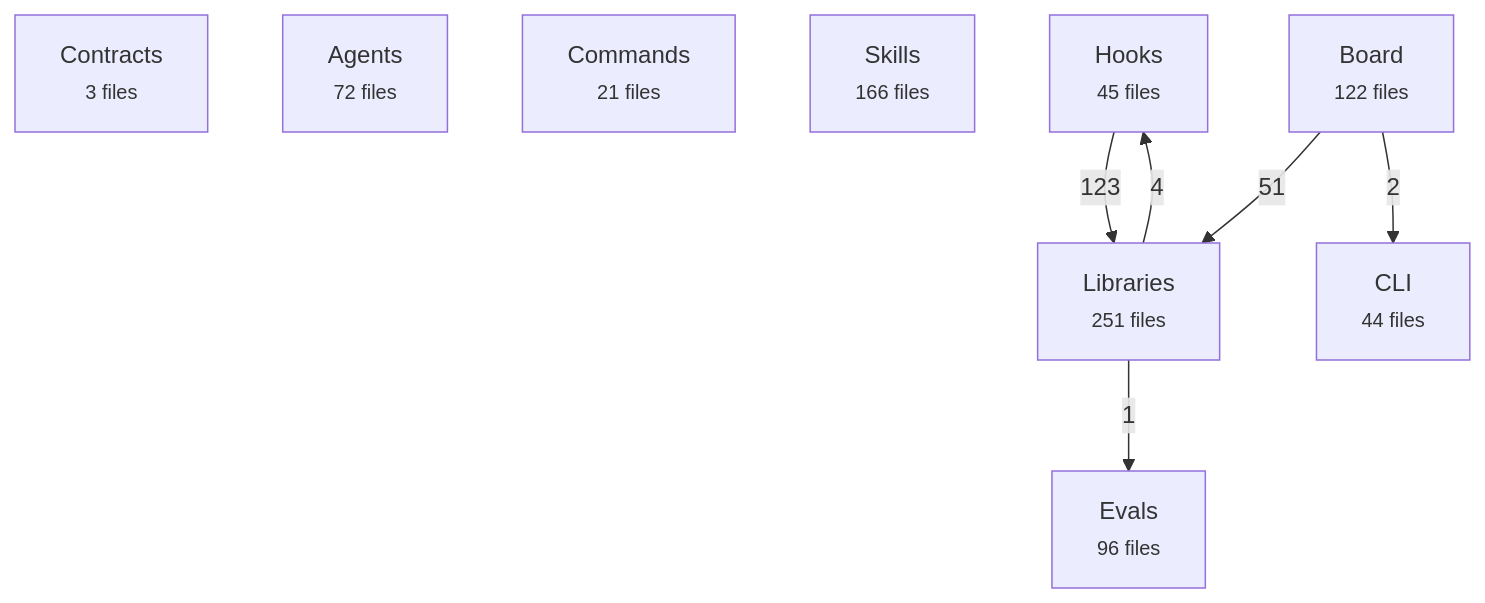
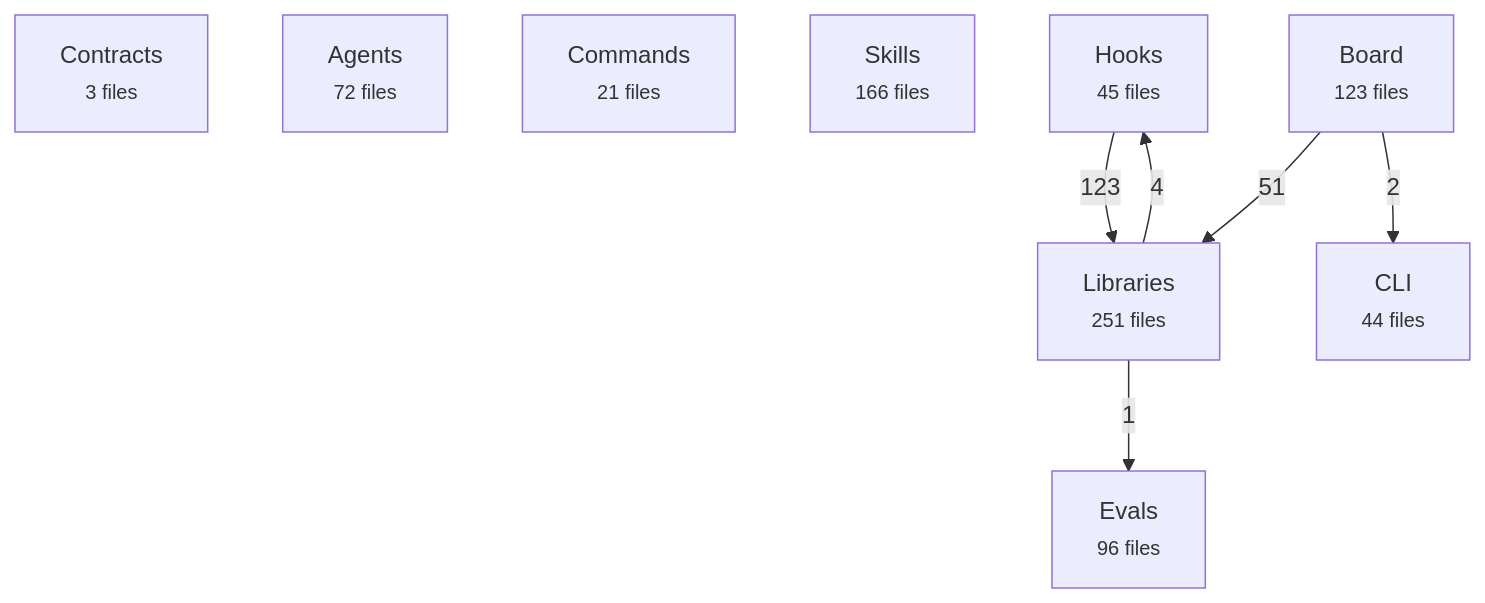
Before and after one commit to avelikiy/great_cto: the first of 2 diagrams in docs/reference/architecture-map.md, drawn with Mermaid. The commit also changed other lines of this file and 4 other files, not shown here.

````diff
--- a/docs/reference/architecture-map.md
+++ b/docs/reference/architecture-map.md
@@ -20,17 +20,17 @@
 ```mermaid
 flowchart TD
   contracts["Contracts<br/><small>3 files</small>"]
   agents["Agents<br/><small>72 files</small>"]
   commands["Commands<br/><small>21 files</small>"]
   skills["Skills<br/><small>166 files</small>"]
   hooks["Hooks<br/><small>45 files</small>"]
   libs["Libraries<br/><small>251 files</small>"]
-  board["Board<br/><small>122 files</small>"]
+  board["Board<br/><small>123 files</small>"]
   cli["CLI<br/><small>44 files</small>"]
   evals["Evals<br/><small>96 files</small>"]
   hooks -->|123| libs
   board -->|51| libs
   libs -->|4| hooks
   board -->|2| cli
   libs -->|1| evals
 ```
````
